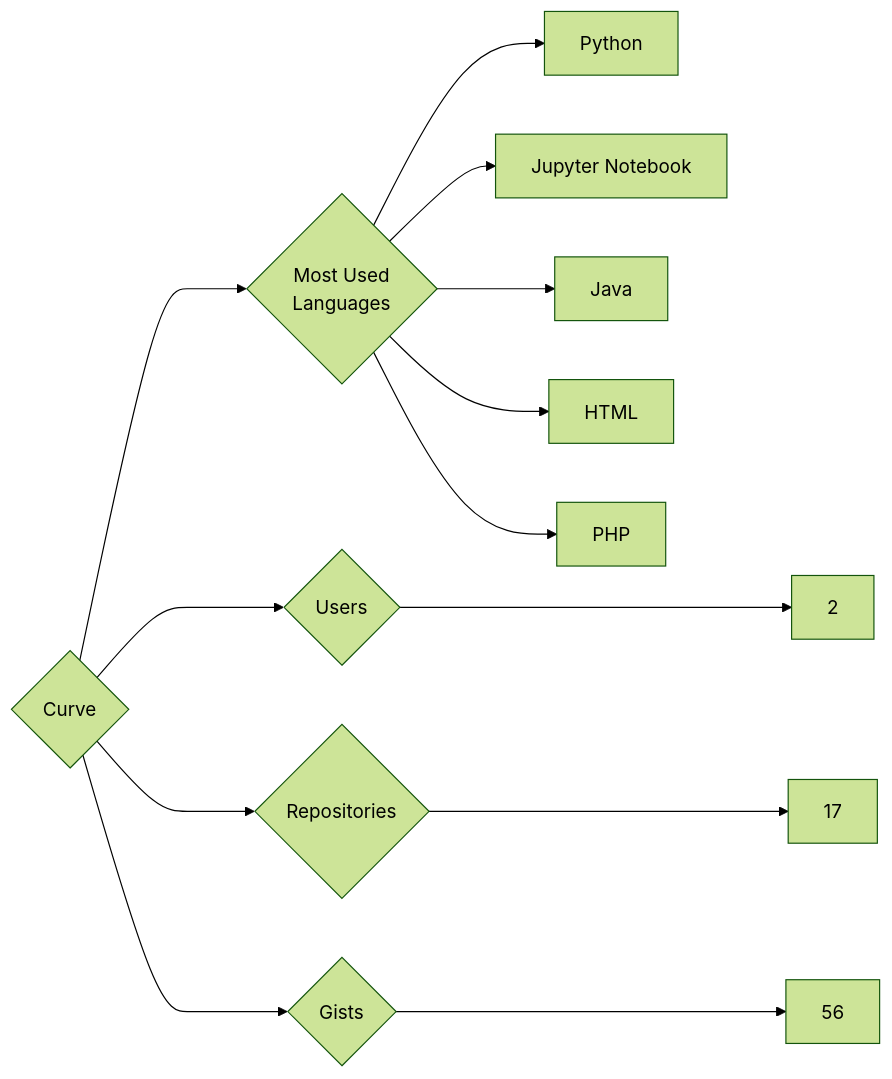
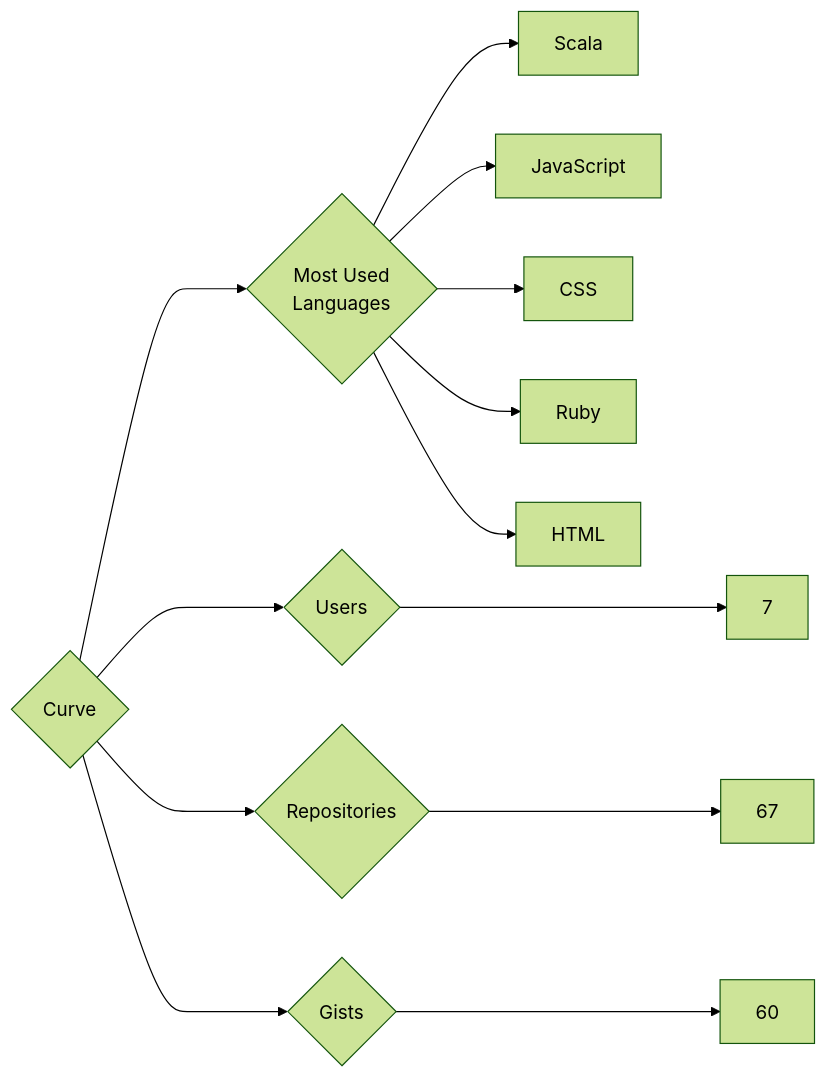
One commit to trickest/insiders changed the diagram in targets/Curve/README.md. Above: the diagram before and after it, drawn with Mermaid (forest theme). The commit also changed 1078 other files, not shown here.

````diff
--- a/targets/Curve/README.md
+++ b/targets/Curve/README.md
@@ -3,13 +3,13 @@
 ```mermaid
 graph LR
 COMPANY_NAME{Curve}
-COMPANY_NAME ---> U{Users} ---> UN[2]
-COMPANY_NAME ---> R{Repositories} ---> RN[17]
-COMPANY_NAME ---> G{Gists} ---> GN[56]
+COMPANY_NAME ---> U{Users} ---> UN[7]
+COMPANY_NAME ---> R{Repositories} ---> RN[67]
+COMPANY_NAME ---> G{Gists} ---> GN[60]
 COMPANY_NAME ---> ML{Most Used<br>Languages}
-ML --> Python[Python]
-ML --> Jupyter_Notebook[Jupyter Notebook]
-ML --> Java[Java]
+ML --> Scala[Scala]
+ML --> JavaScript[JavaScript]
+ML --> CSS[CSS]
+ML --> Ruby[Ruby]
 ML --> HTML[HTML]
-ML --> PHP[PHP]
 ```
````
